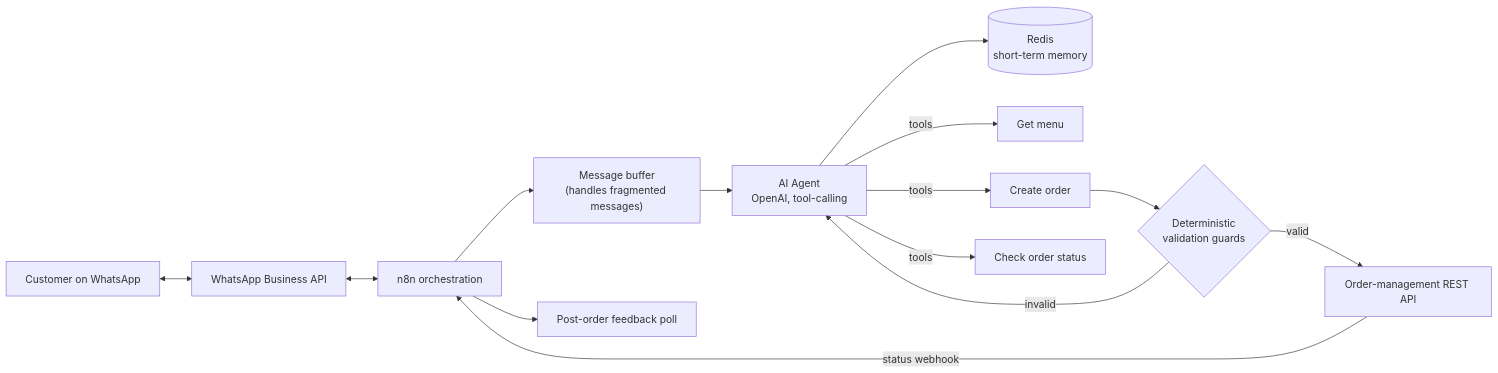
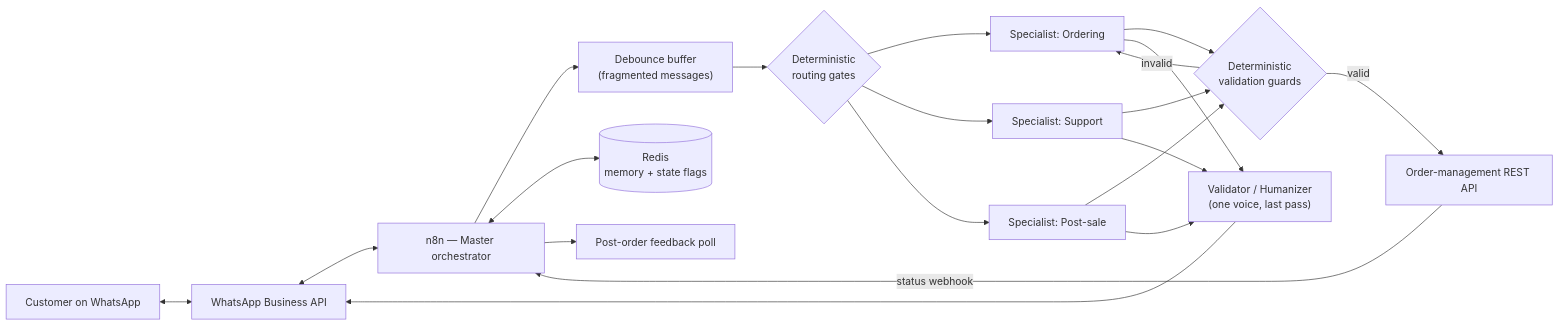
The diagram in README.md (joaolombabr/yasmin-whatsapp-ai-agent), drawn with Mermaid before and after one commit. The commit also changed other lines of this file and 3 other files, not shown here.

````diff
--- a/README.md
+++ b/README.md
@@ -22,16 +26,18 @@
 ```mermaid
 flowchart LR
-  WA["Customer on WhatsApp"] <--> ZAPI["WhatsApp Business API"]
-  ZAPI <--> N8N["n8n orchestration"]
-  N8N --> BUF["Message buffer<br/>(handles fragmented messages)"]
-  BUF --> AGENT["AI Agent<br/>OpenAI, tool-calling"]
-  AGENT --> MEM[("Redis<br/>short-term memory")]
-  AGENT -->|tools| MENU["Get menu"]
-  AGENT -->|tools| ORDER["Create order"]
-  AGENT -->|tools| STATUS["Check order status"]
-  ORDER --> GUARD{"Deterministic<br/>validation guards"}
+  WA["Customer on WhatsApp"] <--> WAAPI["WhatsApp Business API"]
+  WAAPI <--> MASTER["n8n — Master orchestrator"]
+  MASTER --> BUF["Debounce buffer<br/>(fragmented messages)"]
+  BUF --> ROUTE{"Deterministic<br/>routing gates"}
+  ROUTE --> S1["Specialist: Ordering"]
+  ROUTE --> S2["Specialist: Support"]
+  ROUTE --> S3["Specialist: Post-sale"]
+  S1 & S2 & S3 --> GUARD{"Deterministic<br/>validation guards"}
+  GUARD -->|invalid| S1
   GUARD -->|valid| API["Order-management REST API"]
-  GUARD -->|invalid| AGENT
-  API -->|status webhook| N8N
-  N8N --> FEEDBACK["Post-order feedback poll"]
+  MASTER <--> MEM[("Redis<br/>memory + state flags")]
+  S1 & S2 & S3 --> VAL["Validator / Humanizer<br/>(one voice, last pass)"]
+  VAL --> WAAPI
+  API -->|status webhook| MASTER
+  MASTER --> FEEDBACK["Post-order feedback poll"]
 ```
````
